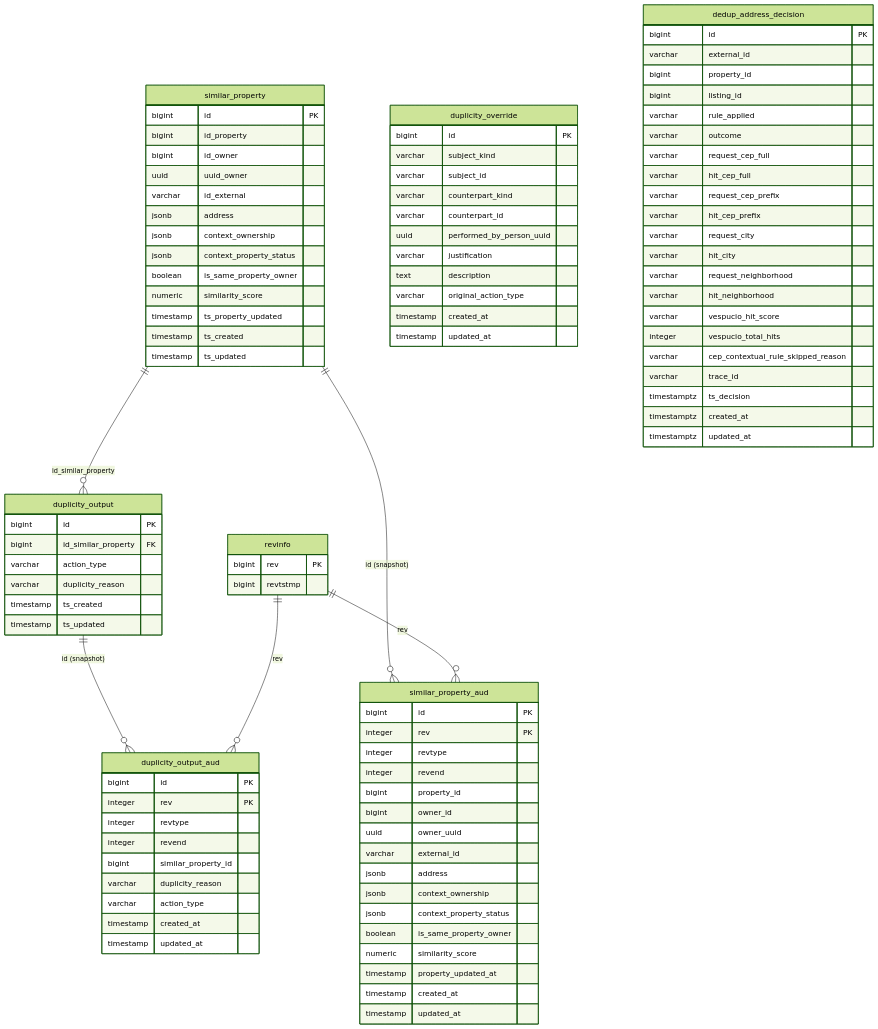
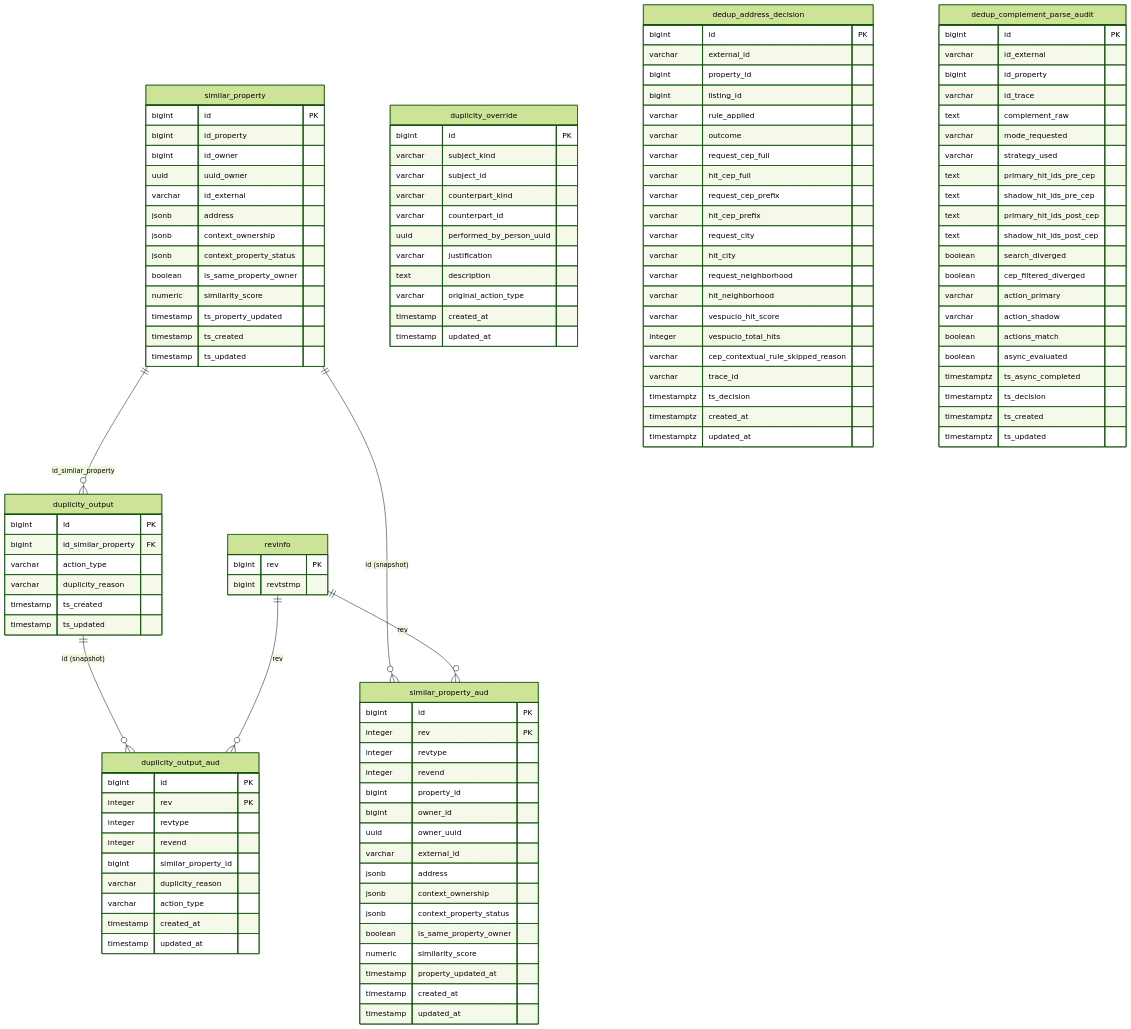
One commit to joseotaviorf/oh-my-pi changed the diagram in dags/growth/property_dedup/property_dedup.md. Above: the diagram before and after it, drawn with Mermaid (forest theme). The commit also changed other lines of this file and 3 other files, not shown here.

First line of the commit message:
feat(property-dedup): add dedup_complement_parse_audit table to superset (#26014)

```diff
--- a/dags/growth/property_dedup/property_dedup.md
+++ b/dags/growth/property_dedup/property_dedup.md
@@ -139,6 +139,30 @@
         timestamptz updated_at
     }
 
+    dedup_complement_parse_audit {
+        bigint id PK
+        varchar id_external
+        bigint id_property
+        varchar id_trace
+        text complement_raw
+        varchar mode_requested
+        varchar strategy_used
+        text primary_hit_ids_pre_cep
+        text shadow_hit_ids_pre_cep
+        text primary_hit_ids_post_cep
+        text shadow_hit_ids_post_cep
+        boolean search_diverged
+        boolean cep_filtered_diverged
+        varchar action_primary
+        varchar action_shadow
+        boolean actions_match
+        boolean async_evaluated
+        timestamptz ts_async_completed
+        timestamptz ts_decision
+        timestamptz ts_created
+        timestamptz ts_updated
+    }
+
     similar_property_aud {
         bigint id PK
         integer rev PK
```
